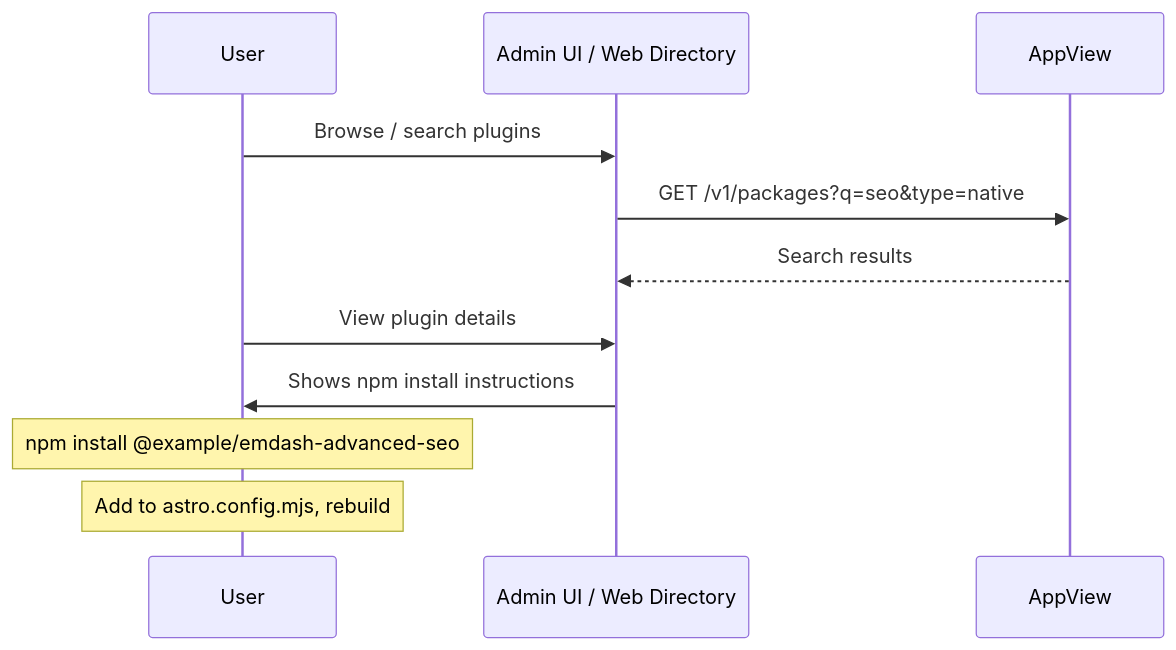
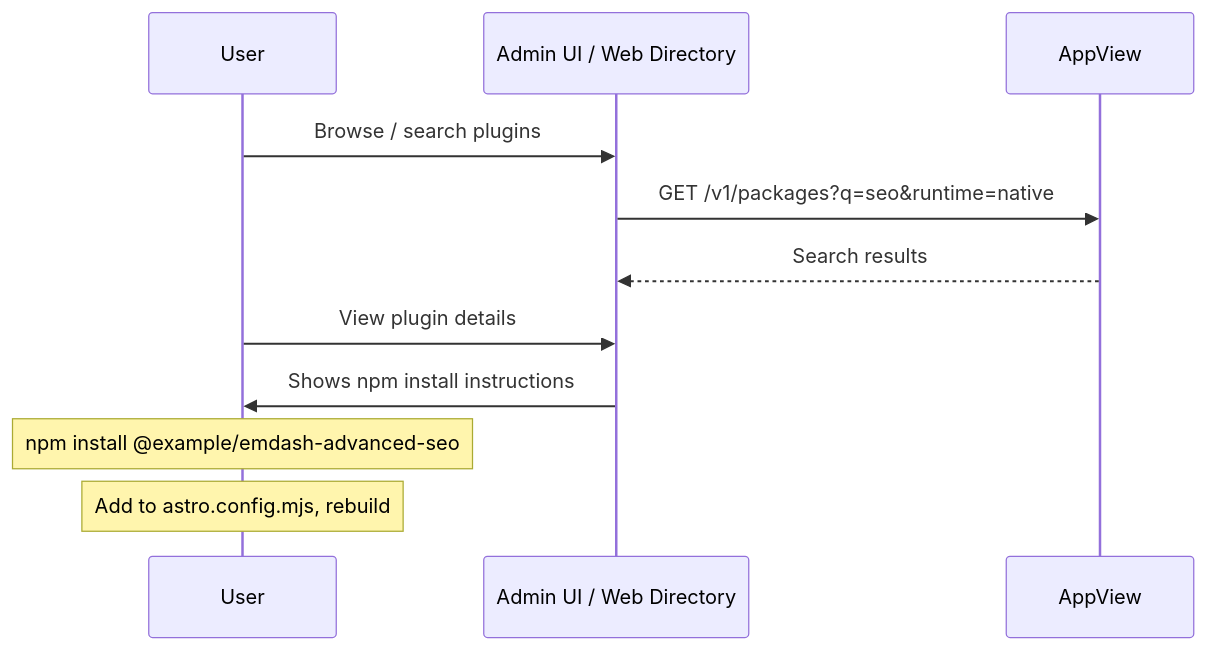
The third of 4 diagrams in rfcs/0001-plugin-registry.md (r2sake/emdash), drawn with Mermaid before and after one commit. The commit also changed other lines of this file, not shown here.

````diff
--- a/rfcs/0001-plugin-registry.md
+++ b/rfcs/0001-plugin-registry.md
@@ -481,14 +561,14 @@
 ```mermaid
 sequenceDiagram
     participant User
     participant Admin as Admin UI / Web Directory
     participant AppView
 
     User->>Admin: Browse / search plugins
-    Admin->>AppView: GET /v1/packages?q=seo&type=native
+    Admin->>AppView: GET /v1/packages?q=seo&runtime=native
     AppView-->>Admin: Search results
     User->>Admin: View plugin details
     Admin->>User: Shows npm install instructions
     Note over User: npm install @example/emdash-advanced-seo
     Note over User: Add to astro.config.mjs, rebuild
 ```
````
